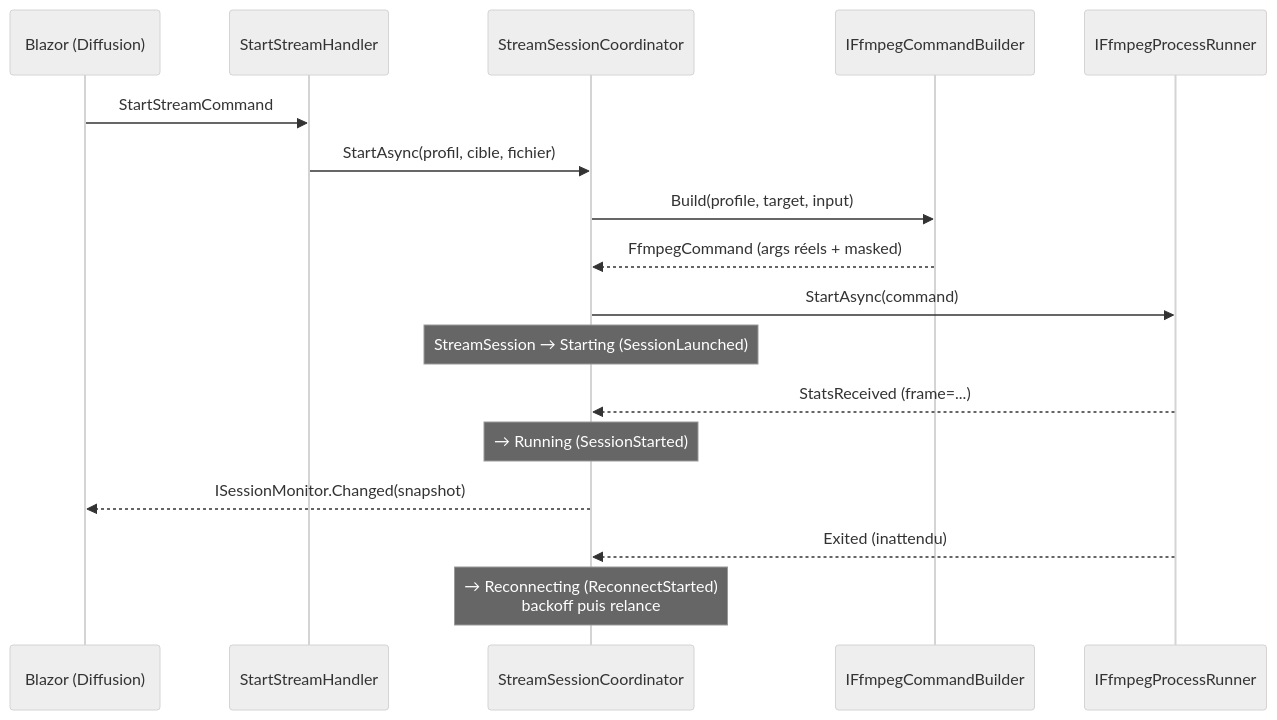
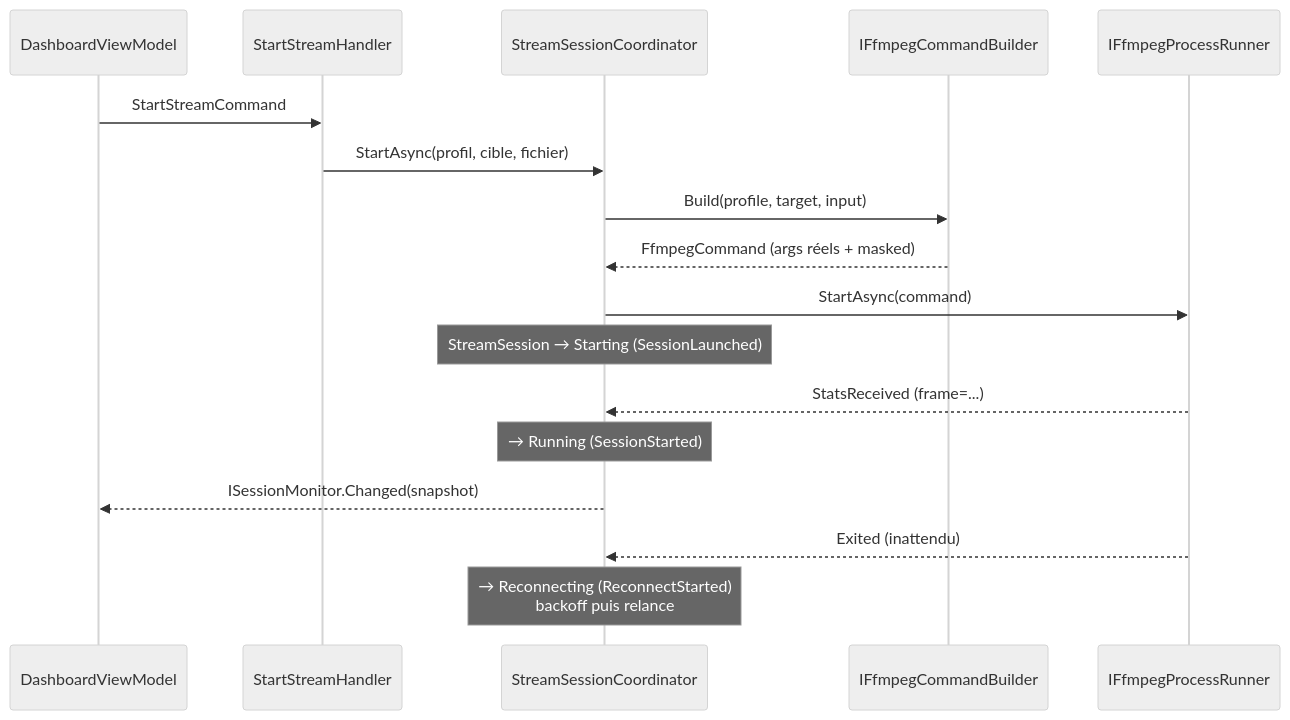
The third of 3 diagrams in docs/ARCHITECTURE.md (oliver254/Nagare), drawn with Mermaid (neutral theme) before and after one commit. The commit also changed other lines of this file and 81 other files, not shown here.

````diff
--- a/docs/ARCHITECTURE.md
+++ b/docs/ARCHITECTURE.md
@@ -515,19 +632,19 @@
 ```mermaid
 sequenceDiagram
-    participant UI as Blazor (Diffusion)
+    participant UI as DashboardViewModel
     participant H as StartStreamHandler
     participant C as StreamSessionCoordinator
     participant B as IFfmpegCommandBuilder
     participant R as IFfmpegProcessRunner
     UI->>H: StartStreamCommand
     H->>C: StartAsync(profil, cible, fichier)
     C->>B: Build(profile, target, input)
     B-->>C: FfmpegCommand (args réels + masked)
     C->>R: StartAsync(command)
     Note over C: StreamSession → Starting (SessionLaunched)
     R-->>C: StatsReceived (frame=...)
     Note over C: → Running (SessionStarted)
     C-->>UI: ISessionMonitor.Changed(snapshot)
     R-->>C: Exited (inattendu)
     Note over C: → Reconnecting (ReconnectStarted)<br/>backoff puis relance
 ```
````
